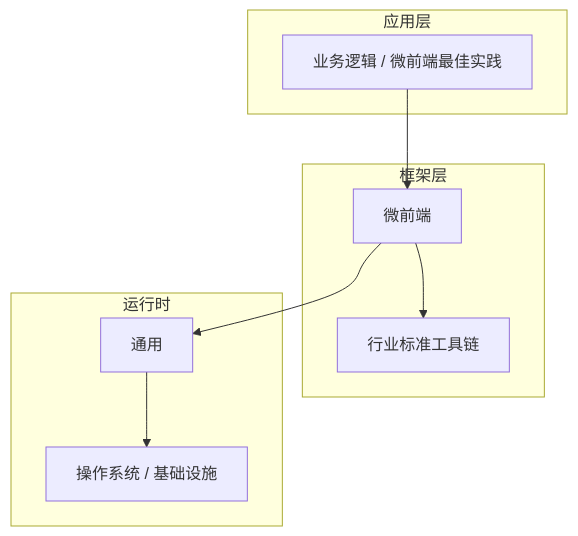
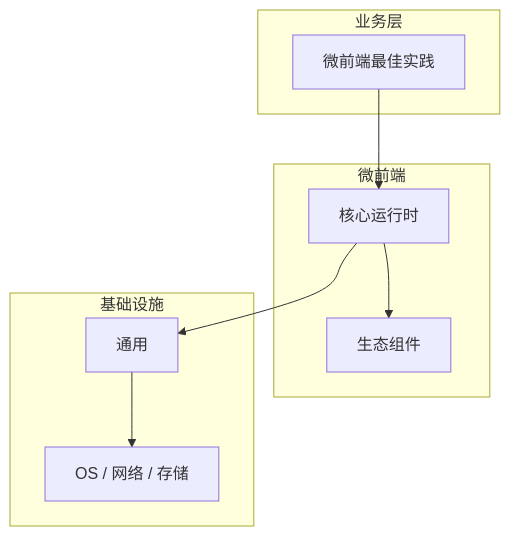
One commit to yanggan2015/knowledge-json-v2 changed the diagram in articles/微前端/chapters/076-微前端最佳实践核心概念与原理.md. Above: the diagram before and after it, drawn with Mermaid. The commit also changed other lines of this file and 10127 other files, not shown here.

````diff
--- a/articles/微前端/chapters/076-微前端最佳实践核心概念与原理.md
+++ b/articles/微前端/chapters/076-微前端最佳实践核心概念与原理.md
@@ -45,18 +34,18 @@
 ```mermaid
 graph TB
-    subgraph 应用层
-        A[业务逻辑 / 微前端最佳实践]
+    subgraph 业务层
+        A[微前端最佳实践]
     end
-    subgraph 框架层
-        B[微前端]
-        C[行业标准工具链]
+    subgraph 微前端
+        B[核心运行时]
+        C[生态组件]
     end
-    subgraph 运行时
+    subgraph 基础设施
         D[通用]
-        E[操作系统 / 基础设施]
+        E[OS / 网络 / 存储]
     end
     A --> B
     B --> C
     B --> D
     D --> E
 ```
````
